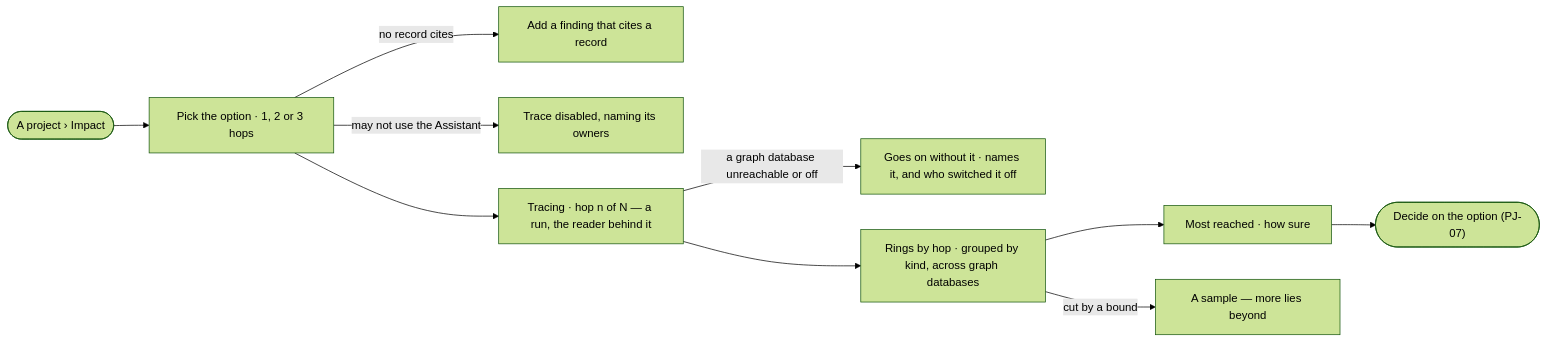
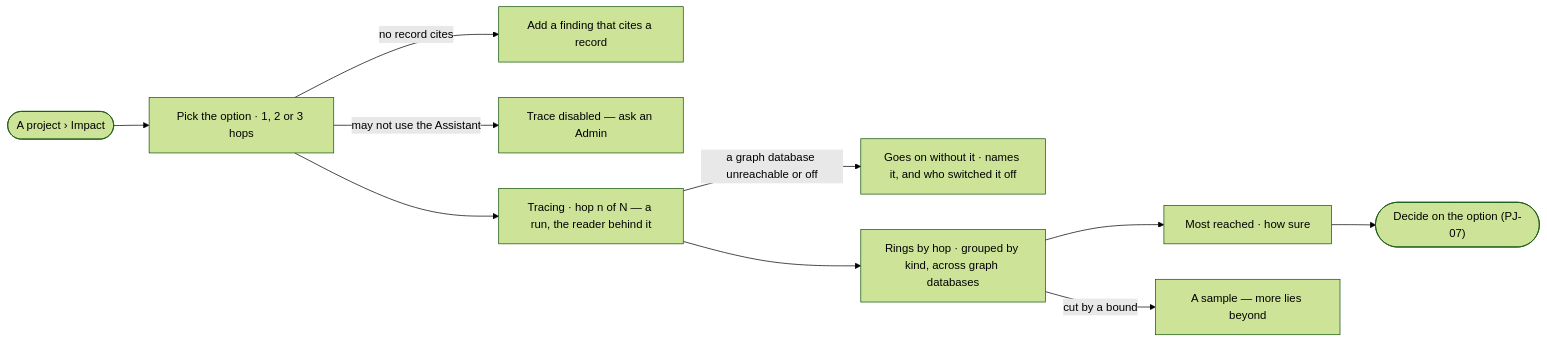
The diagram in specs/capabilities/projects/features/PJ-F03-branches-findings-and-decisions/stories/PJ-10-see-what-a-decision-reaches/story.md (invana/invana), drawn with Mermaid (forest theme) before and after one commit. The commit also changed other lines of this file and 300 other files, not shown here.

````diff
--- a/specs/capabilities/projects/features/PJ-F03-branches-findings-and-decisions/stories/PJ-10-see-what-a-decision-reaches/story.md
+++ b/specs/capabilities/projects/features/PJ-F03-branches-findings-and-decisions/stories/PJ-10-see-what-a-decision-reaches/story.md
@@ -29,12 +29,12 @@
 ```mermaid
 flowchart LR
   s([A project › Impact]) --> o["Pick the option · 1, 2 or 3 hops"]
   o -->|no record cites| e["Add a finding that cites a record"]
-  o -->|may not use the Assistant| nu["Trace disabled, naming its owners"]
+  o -->|may not use the Assistant| nu["Trace disabled — ask an Admin"]
   o --> t["Tracing · hop n of N — a run, the reader behind it"]
   t -->|a graph database unreachable or off| x["Goes on without it · names it, and who switched it off"]
   t --> r["Rings by hop · grouped by kind, across graph databases"]
   r --> m["Most reached · how sure"]
   r -->|cut by a bound| b["A sample — more lies beyond"]
   m --> d(["Decide on the option (PJ-07)"])
 ```
````
